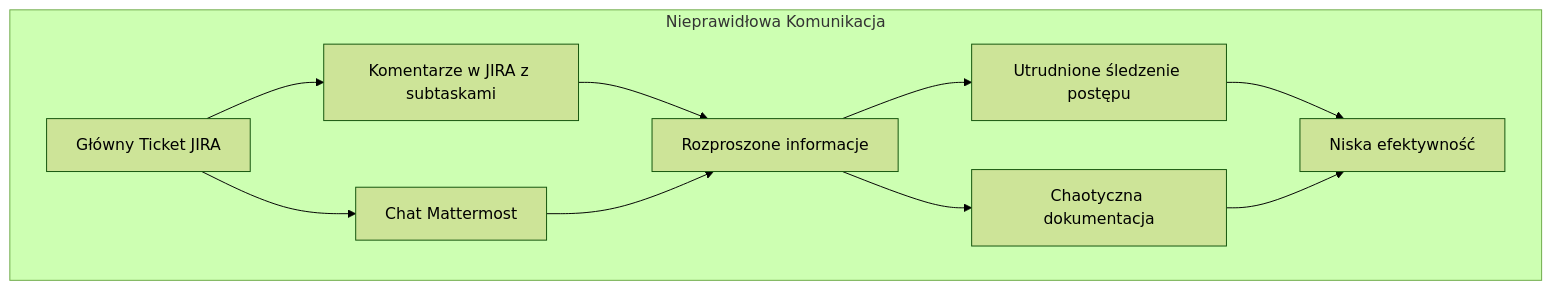
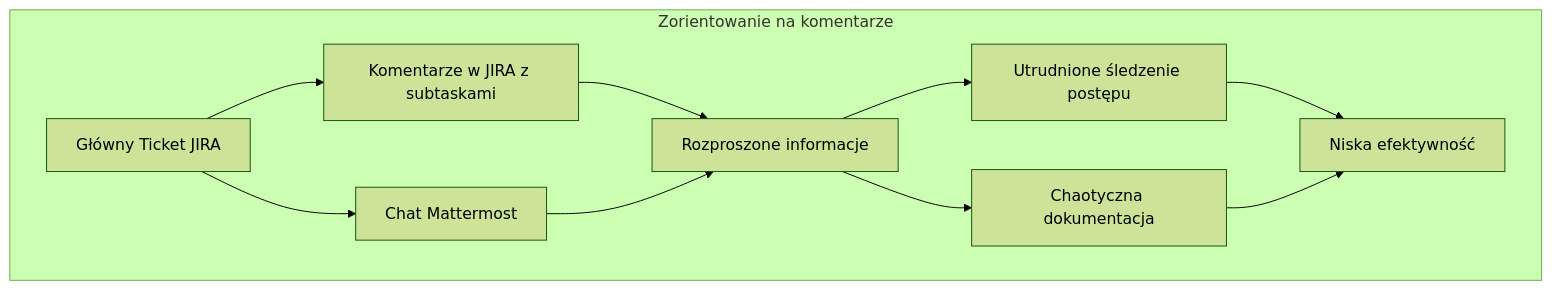
One commit to tom-sapletta-com/komunikacja changed the first of 3 diagrams in README.md. Above: the diagram before and after it, drawn with Mermaid (forest theme). The commit also changed other lines of this file, not shown here.

````diff
--- a/README.md
+++ b/README.md
@@ -6,13 +7,13 @@
 ```mermaid
 graph TB
-    subgraph Nieprawidłowa Komunikacja
+    subgraph Zorientowanie na komentarze
         A[Główny Ticket JIRA] --> B[Komentarze w JIRA z subtaskami]
         A --> C[Chat Mattermost]
         B --> D[Rozproszone informacje]
         C --> D
         D --> E[Utrudnione śledzenie postępu]
         D --> F[Chaotyczna dokumentacja]
         E --> G[Niska efektywność]
         F --> G
     end
 ```
````
